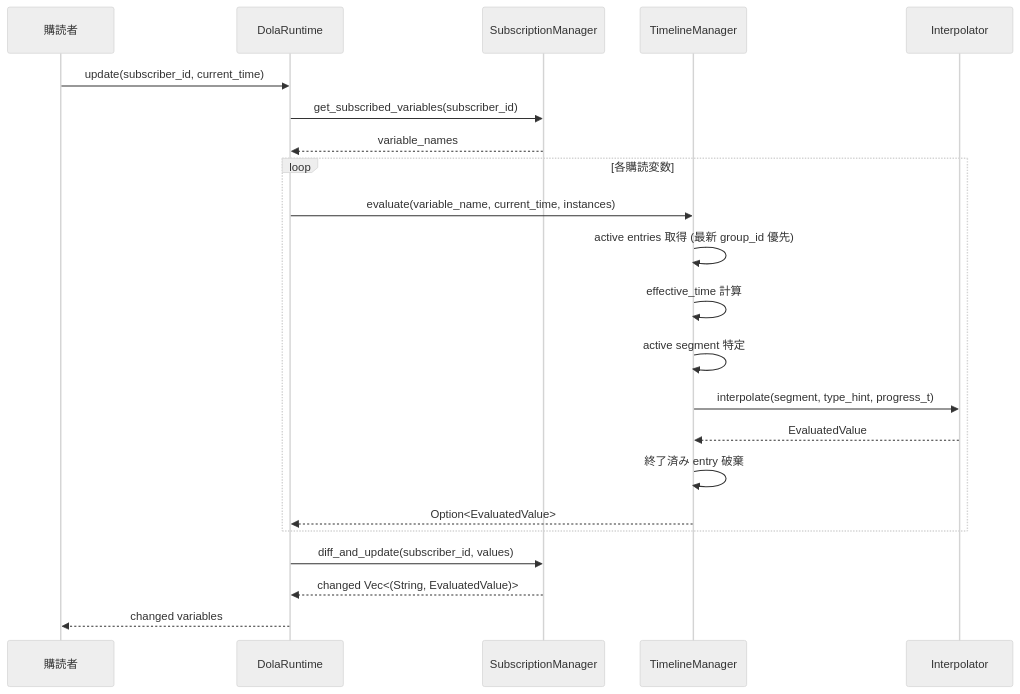
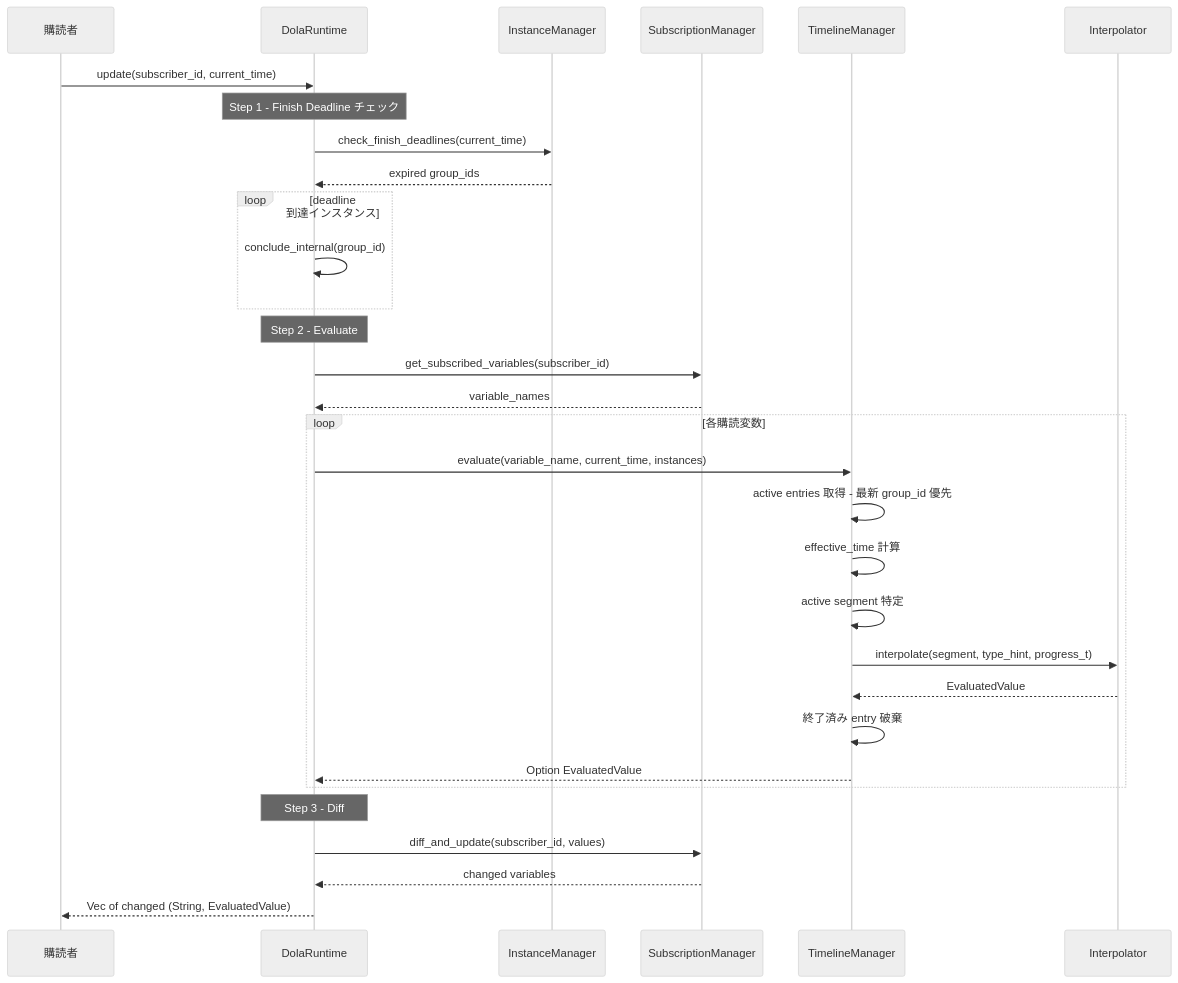
One commit to ekicyou/areka changed the third of 5 diagrams in .kiro/specs/dola-runtime-3-facade/design.md. Above: the diagram before and after it, drawn with Mermaid (neutral theme). The commit also changed other lines of this file and 2 other files, not shown here.

````diff
--- a/.kiro/specs/dola-runtime-3-facade/design.md
+++ b/.kiro/specs/dola-runtime-3-facade/design.md
@@ -134,27 +161,37 @@
 ```mermaid
 sequenceDiagram
     participant S as 購読者
     participant DR as DolaRuntime
+    participant IM as InstanceManager
     participant SM as SubscriptionManager
     participant TM as TimelineManager
     participant IP as Interpolator
 
     S->>DR: update(subscriber_id, current_time)
+
+    Note over DR: Step 1 - Finish Deadline チェック
+    DR->>IM: check_finish_deadlines(current_time)
+    IM-->>DR: expired group_ids
+    loop deadline 到達インスタンス
+        DR->>DR: conclude_internal(group_id)
+    end
+
+    Note over DR: Step 2 - Evaluate
     DR->>SM: get_subscribed_variables(subscriber_id)
     SM-->>DR: variable_names
-
     loop 各購読変数
         DR->>TM: evaluate(variable_name, current_time, instances)
-        TM->>TM: active entries 取得 (最新 group_id 優先)
+        TM->>TM: active entries 取得 - 最新 group_id 優先
         TM->>TM: effective_time 計算
         TM->>TM: active segment 特定
         TM->>IP: interpolate(segment, type_hint, progress_t)
         IP-->>TM: EvaluatedValue
         TM->>TM: 終了済み entry 破棄
-        TM-->>DR: Option<EvaluatedValue>
+        TM-->>DR: Option EvaluatedValue
     end
 
+    Note over DR: Step 3 - Diff
     DR->>SM: diff_and_update(subscriber_id, values)
-    SM-->>DR: changed Vec<(String, EvaluatedValue)>
-    DR-->>S: changed variables
+    SM-->>DR: changed variables
+    DR-->>S: Vec of changed (String, EvaluatedValue)
 ```
````
